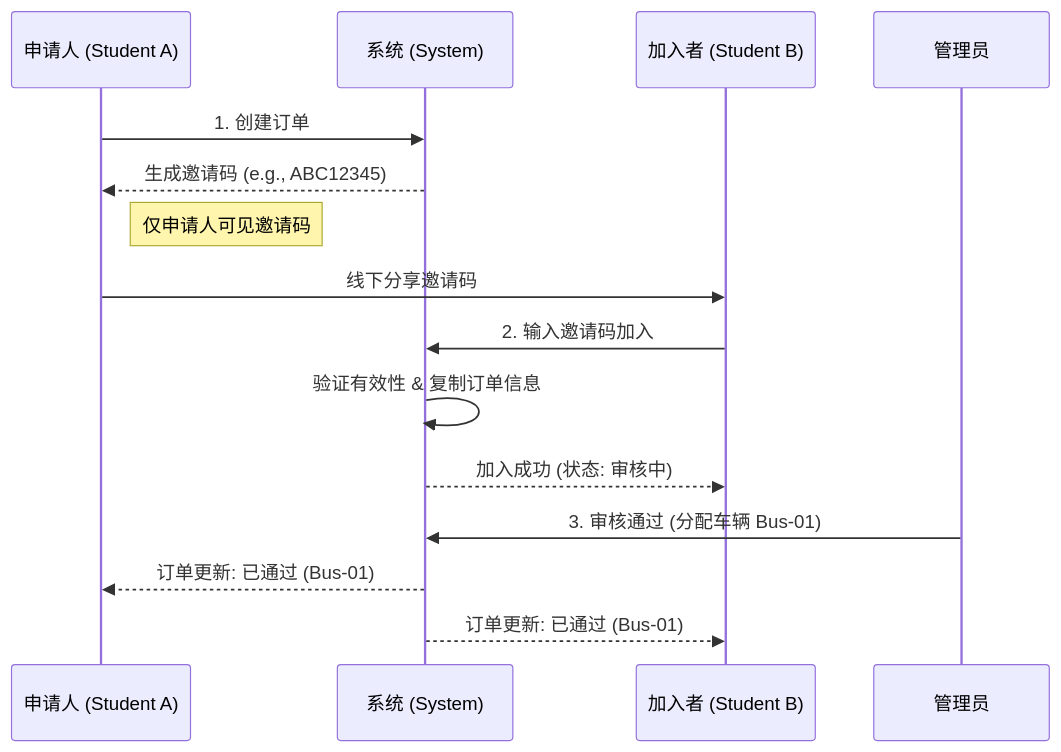
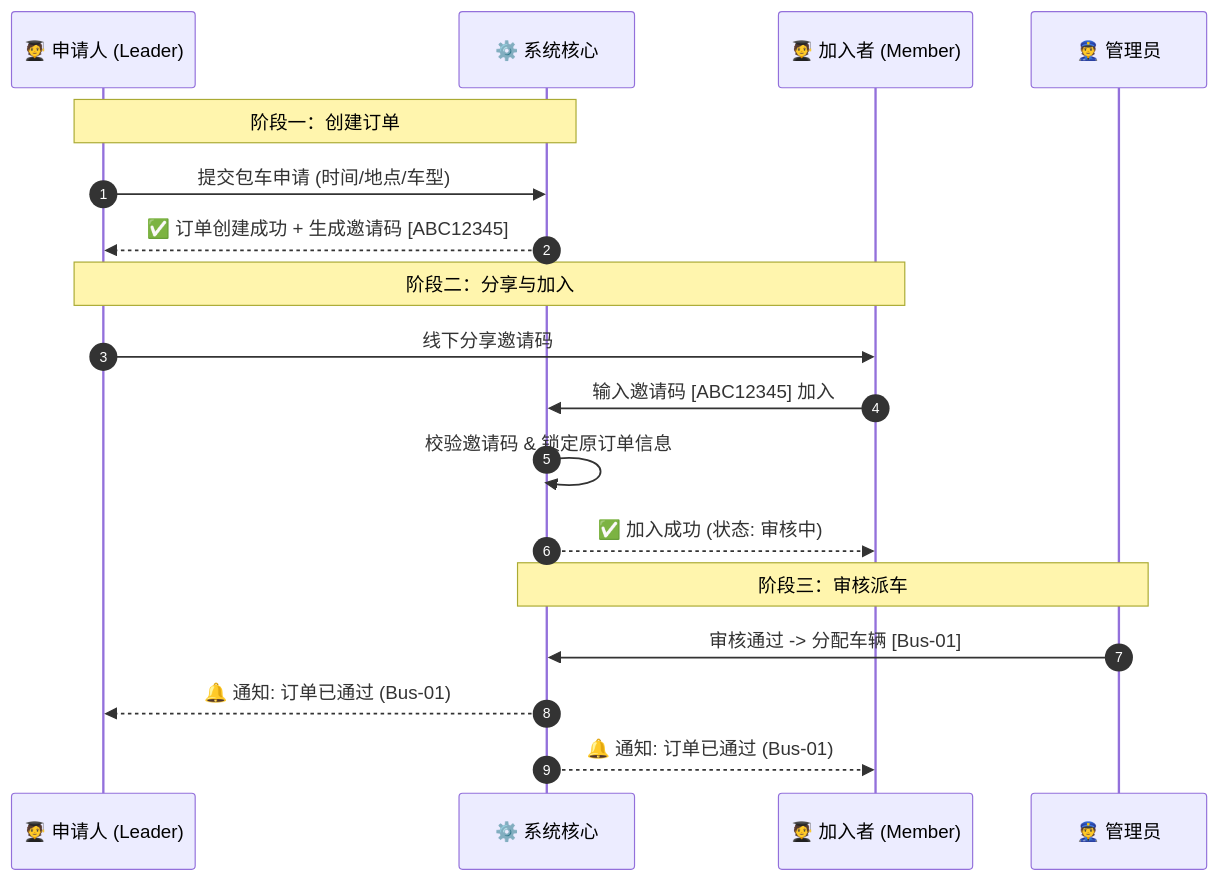
The first of 7 diagrams in README.md (zibi666/school_bus), drawn with Mermaid before and after one commit. The commit also changed other lines of this file, not shown here.

````diff
--- a/README.md
+++ b/README.md
@@ -75,20 +35,23 @@
 ```mermaid
 sequenceDiagram
-    participant A as 申请人 (Student A)
-    participant S as 系统 (System)
-    participant B as 加入者 (Student B)
-    participant Admin as 管理员
+    autonumber
+    participant A as 🧑‍🎓 申请人 (Leader)
+    participant S as ⚙️ 系统核心
+    participant B as 🧑‍🎓 加入者 (Member)
+    participant Admin as 👮 管理员
 
-    A->>S: 1. 创建订单
-    S-->>A: 生成邀请码 (e.g., ABC12345)
-    Note right of A: 仅申请人可见邀请码
+    Note over A,S: 阶段一：创建订单
+    A->>S: 提交包车申请 (时间/地点/车型)
+    S-->>A: ✅ 订单创建成功 + 生成邀请码 [ABC12345]
+    
+    Note over A,B: 阶段二：分享与加入
+    A->>B: 线下分享邀请码
+    B->>S: 输入邀请码 [ABC12345] 加入
+    S->>S: 校验邀请码 & 锁定原订单信息
+    S-->>B: ✅ 加入成功 (状态: 审核中)
 
-    A->>B: 线下分享邀请码
-    B->>S: 2. 输入邀请码加入
-    S->>S: 验证有效性 & 复制订单信息
-    S-->>B: 加入成功 (状态: 审核中)
-
-    Admin->>S: 3. 审核通过 (分配车辆 Bus-01)
-    S-->>A: 订单更新: 已通过 (Bus-01)
-    S-->>B: 订单更新: 已通过 (Bus-01)
+    Note over Admin,S: 阶段三：审核派车
+    Admin->>S: 审核通过 -> 分配车辆 [Bus-01]
+    S-->>A: 🔔 通知: 订单已通过 (Bus-01)
+    S-->>B: 🔔 通知: 订单已通过 (Bus-01)
 ```
````
